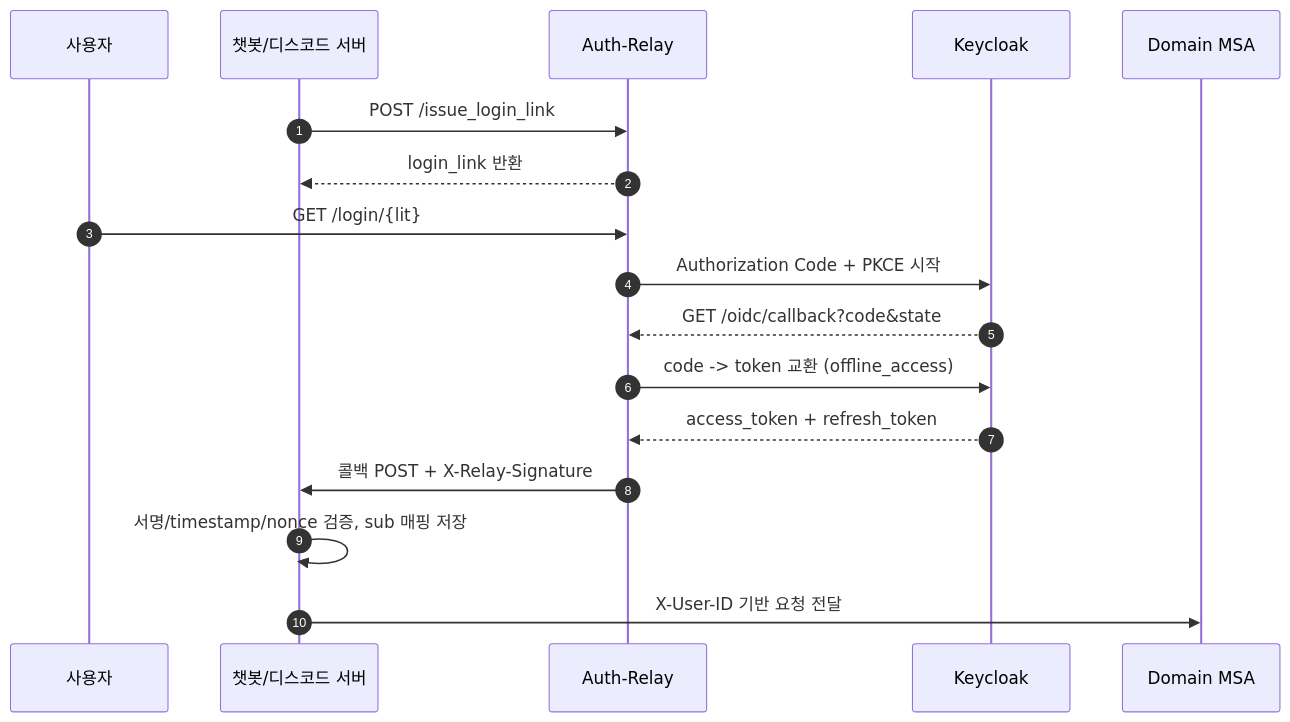
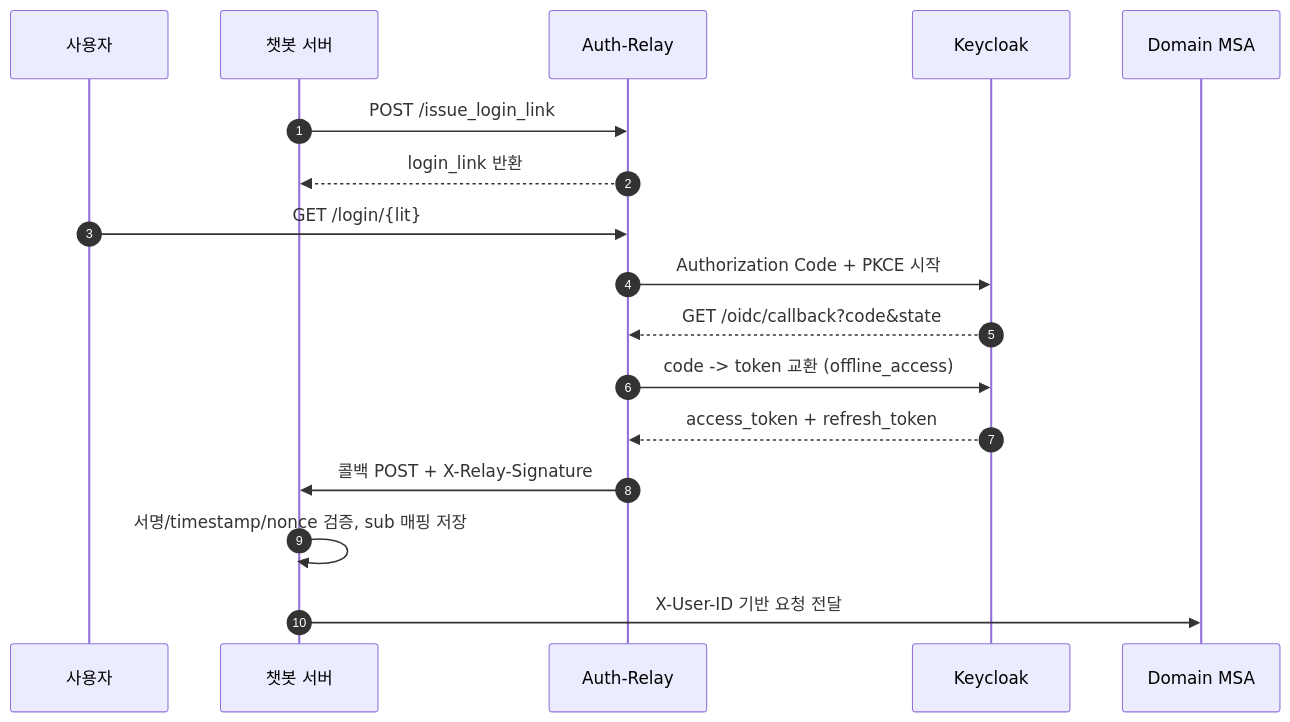
Before and after one commit to teamSANDOL/tuk_sandol_team: the first of 3 diagrams in docs/auth-chatbot-auth-relay.md, drawn with Mermaid. The commit also changed other lines of this file and 2 other files, not shown here.

````diff
--- a/docs/auth-chatbot-auth-relay.md
+++ b/docs/auth-chatbot-auth-relay.md
@@ -28,20 +33,20 @@
 ```mermaid
 sequenceDiagram
     autonumber
     participant User as 사용자
-    participant Bot as 챗봇/디스코드 서버
+    participant Bot as 챗봇 서버
     participant Relay as Auth-Relay
     participant KC as Keycloak
     participant MSA as Domain MSA
 
     Bot->>Relay: POST /issue_login_link
     Relay-->>Bot: login_link 반환
     User->>Relay: GET /login/{lit}
     Relay->>KC: Authorization Code + PKCE 시작
     KC-->>Relay: GET /oidc/callback?code&state
     Relay->>KC: code -> token 교환 (offline_access)
     KC-->>Relay: access_token + refresh_token
     Relay->>Bot: 콜백 POST + X-Relay-Signature
     Bot->>Bot: 서명/timestamp/nonce 검증, sub 매핑 저장
     Bot->>MSA: X-User-ID 기반 요청 전달
 ```
````
